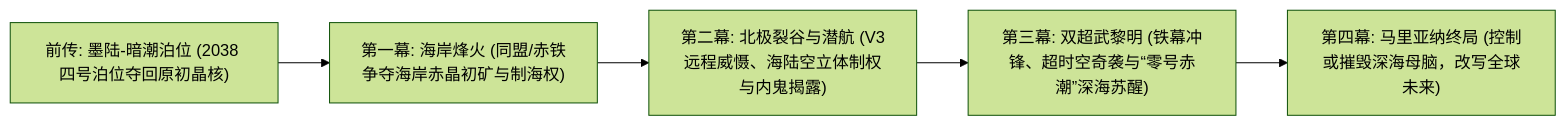
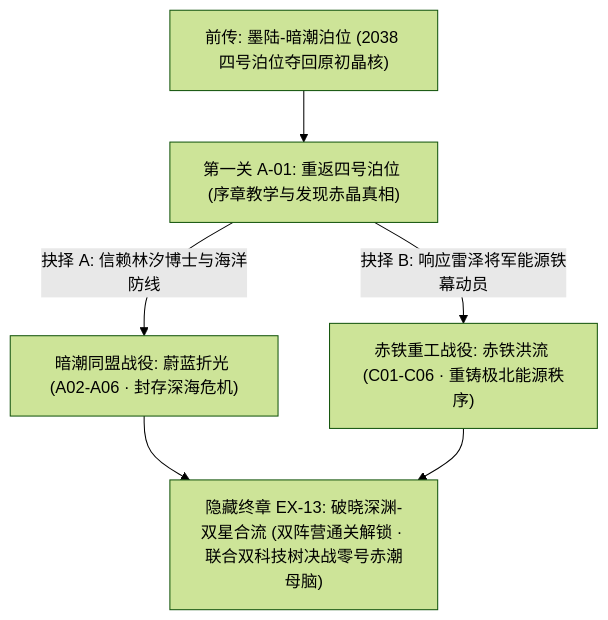
One commit to mullvadcat/RedAlert3A changed the second of 2 diagrams in docs/PRD.md. Above: the diagram before and after it, drawn with Mermaid (forest theme). The commit also changed other lines of this file and 2 other files, not shown here.

Commit message:
docs: refine README, PRD, and SDD to v2.1 per architecture and balance review

````diff
--- a/docs/PRD.md
+++ b/docs/PRD.md
@@ -196,7 +233,8 @@
 ```mermaid
-flowchart LR
-    P0["前传: 墨陆-暗潮泊位 (2038 四号泊位夺回原初晶核)"] --> A1["第一幕: 海岸烽火 (同盟/赤铁争夺海岸赤晶初矿与制海权)"]
-    A1 --> A2["第二幕: 北极裂谷与潜航 (V3远程威慑、海陆空立体制权与内鬼揭露)"]
-    A2 --> A3["第三幕: 双超武黎明 (铁幕冲锋、超时空奇袭与“零号赤潮”深海苏醒)"]
-    A3 --> A4["第四幕: 马里亚纳终局 (控制或摧毁深海母脑，改写全球未来)"]
+flowchart TD
+    P0["前传: 墨陆-暗潮泊位 (2038 四号泊位夺回原初晶核)"] --> A01["第一关 A-01: 重返四号泊位 (序章教学与发现赤晶真相)"]
+    A01 -->|"抉择 A: 信赖林汐博士与海洋防线"| A02["暗潮同盟战役: 蔚蓝折光 (A02-A06 · 封存深海危机)"]
+    A01 -->|"抉择 B: 响应雷泽将军能源铁幕动员"| C01["赤铁重工战役: 赤铁洪流 (C01-C06 · 重铸极北能源秩序)"]
+    A02 --> EX["隐藏终章 EX-13: 破晓深渊-双星合流 (双阵营通关解锁 · 联合双科技树决战零号赤潮母脑)"]
+    C01 --> EX
 ```
````
